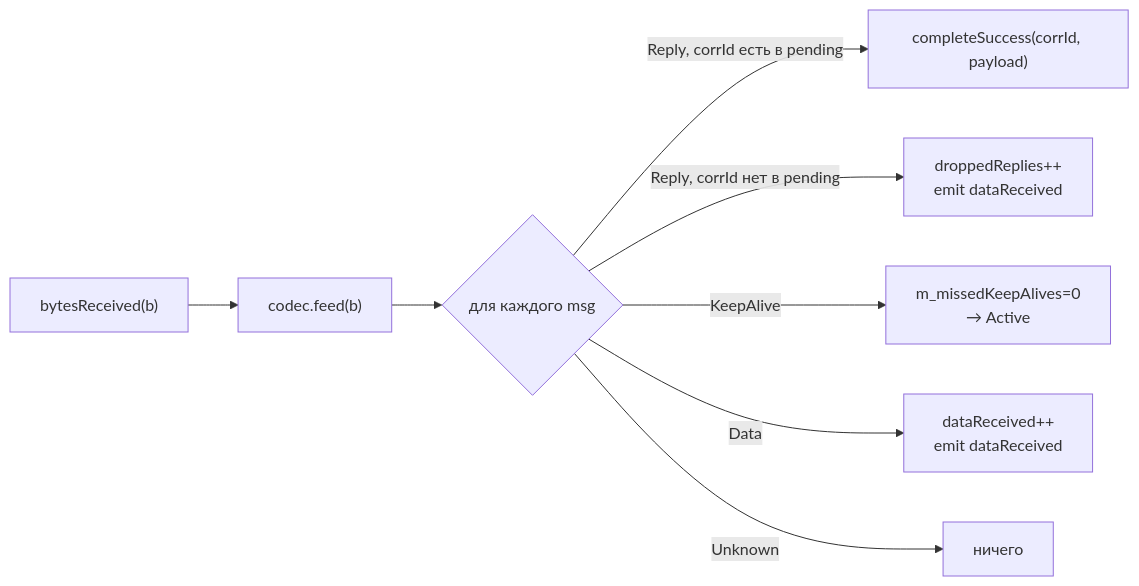
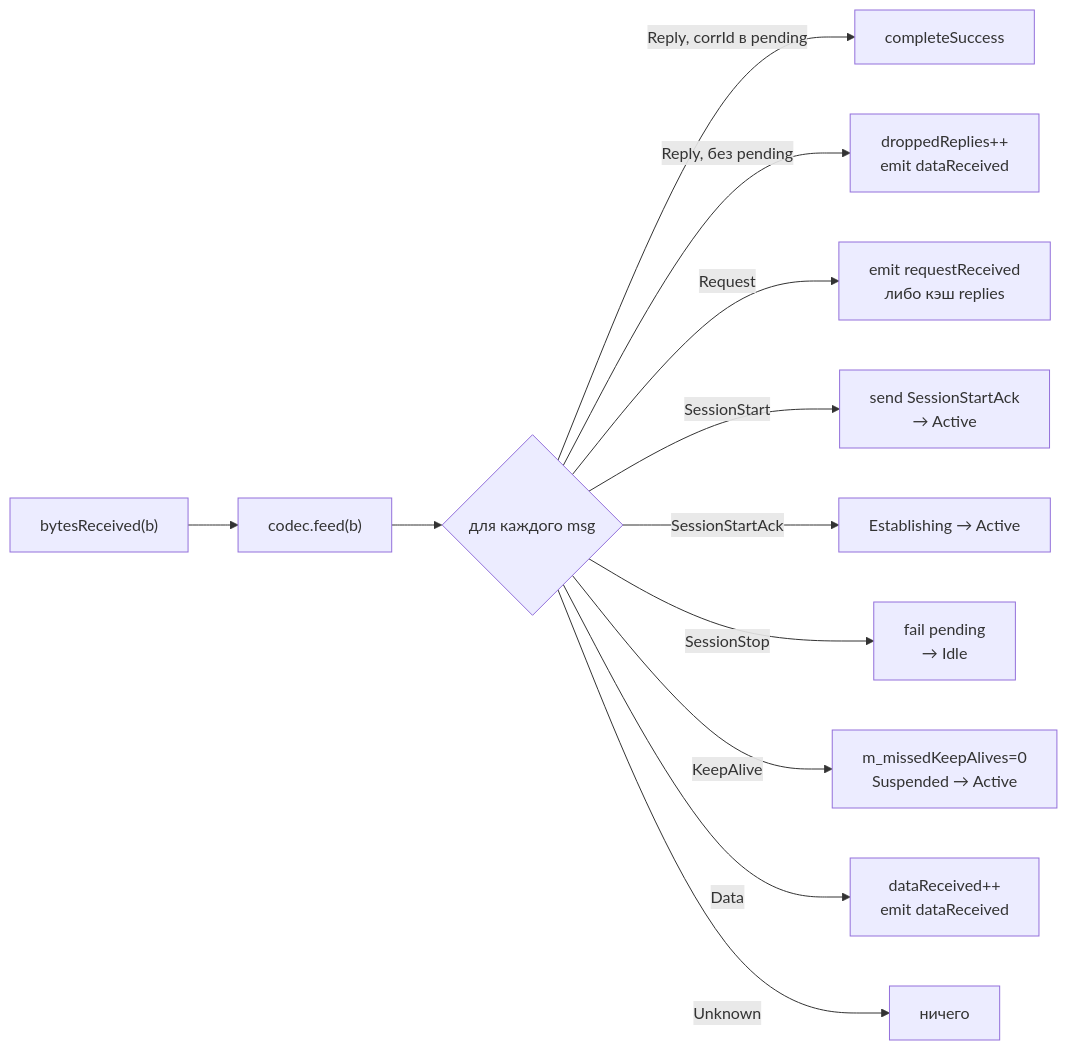
The diagram in docs/04-Протокол-и-кодек.md (Saytikus/GChannelManager), drawn with Mermaid before and after one commit. The commit also changed other lines of this file and 23 other files, not shown here.

````diff
--- a/docs/04-Протокол-и-кодек.md
+++ b/docs/04-Протокол-и-кодек.md
@@ -49,10 +62,14 @@
 ```mermaid
 flowchart LR
     Bytes["bytesReceived(b)"] --> Feed["codec.feed(b)"]
     Feed --> Loop{"для каждого msg"}
-    Loop -->|Reply, corrId есть в pending| Succeed["completeSuccess(corrId, payload)"]
-    Loop -->|Reply, corrId нет в pending| Dropped["droppedReplies++<br/>emit dataReceived"]
-    Loop -->|KeepAlive| Live["m_missedKeepAlives=0<br/>→ Active"]
+    Loop -->|Reply, corrId в pending| Succeed["completeSuccess"]
+    Loop -->|Reply, без pending| Dropped["droppedReplies++<br/>emit dataReceived"]
+    Loop -->|Request| Req["emit requestReceived<br/>либо кэш replies"]
+    Loop -->|SessionStart| SS["send SessionStartAck<br/>→ Active"]
+    Loop -->|SessionStartAck| Ack["Establishing → Active"]
+    Loop -->|SessionStop| Stop["fail pending<br/>→ Idle"]
+    Loop -->|KeepAlive| Live["m_missedKeepAlives=0<br/>Suspended → Active"]
     Loop -->|Data| Push["dataReceived++<br/>emit dataReceived"]
     Loop -->|Unknown| Skip["ничего"]
 ```
````
